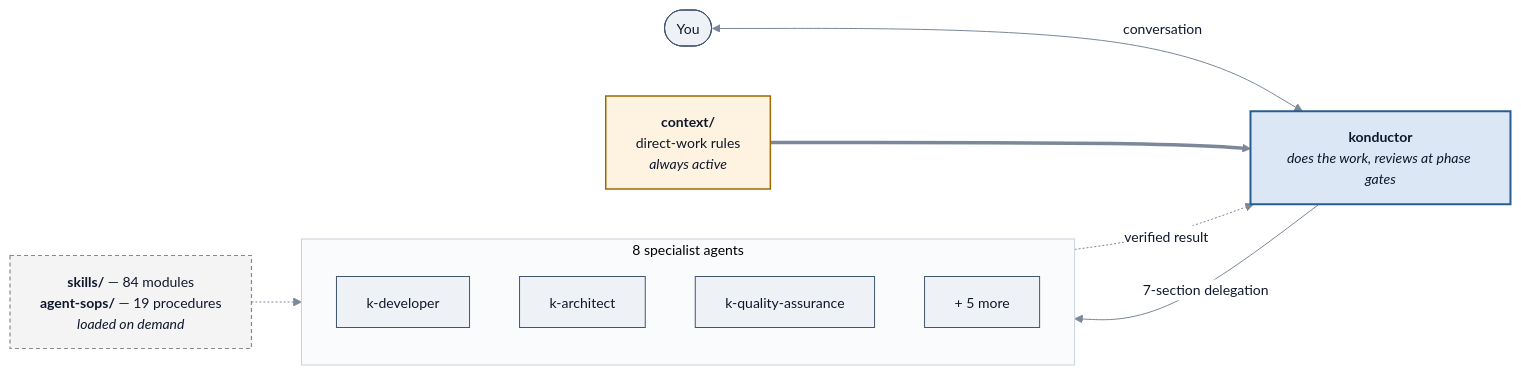
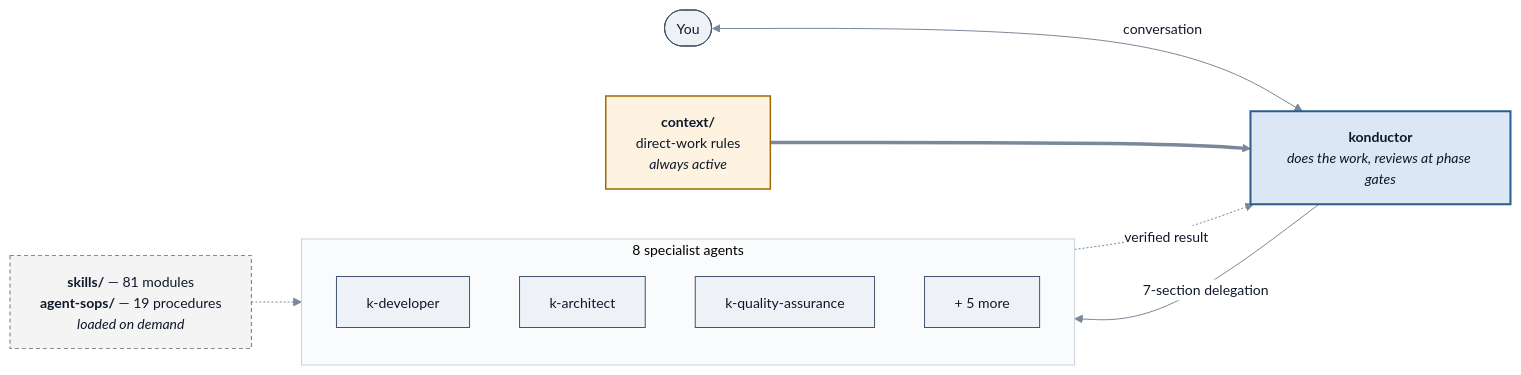
The diagram in docs/user-guide/concepts.md (aws-solutions/konductor), drawn with Mermaid before and after one commit. The commit also changed other lines of this file and 20 other files, not shown here.

````diff
--- a/docs/user-guide/concepts.md
+++ b/docs/user-guide/concepts.md
@@ -252,25 +251,25 @@
 ```mermaid
 %%{init:{'theme':'base','themeVariables':{'fontSize':'14px','primaryColor':'#eef2f7','primaryTextColor':'#0f172a','primaryBorderColor':'#40556e','lineColor':'#7a8899','textColor':'#0f172a','edgeLabelBackground':'#ffffff','clusterBkg':'#fafbfc','clusterBorder':'#c9d2dc'}}}%%
 flowchart LR
     User(["You"])
     Ctx["<b>context/</b><br/>direct-work rules<br/><i>always active</i>"]:::gate
     Orch["<b>konductor</b><br/><i>does the work, reviews at phase gates</i>"]:::focus
-    Store["<b>skills/</b> — 84 modules<br/><b>agent-sops/</b> — 19 procedures<br/><i>loaded on demand</i>"]:::muted
+    Store["<b>skills/</b> — 81 modules<br/><b>agent-sops/</b> — 19 procedures<br/><i>loaded on demand</i>"]:::muted
 
     subgraph Specialists["8 specialist agents"]
         Dev["k-developer"]
         Arch["k-architect"]
         QA["k-quality-assurance"]
         Other["+ 5 more"]
     end
 
     User <-->|"conversation"| Orch
     Ctx ==> Orch
     Orch -->|"7-section delegation"| Specialists
     Specialists -.->|"verified result"| Orch
     Store -.-> Specialists
 
     classDef focus fill:#dbe7f5,stroke:#2a5d8f,stroke-width:2px,color:#0f172a;
     classDef gate fill:#fdf3e0,stroke:#a06800,stroke-width:1.5px,color:#0f172a;
     classDef muted fill:#f4f4f5,stroke:#8a8a8a,stroke-width:1.2px,color:#0f172a,stroke-dasharray:4 3;
 ```
````
